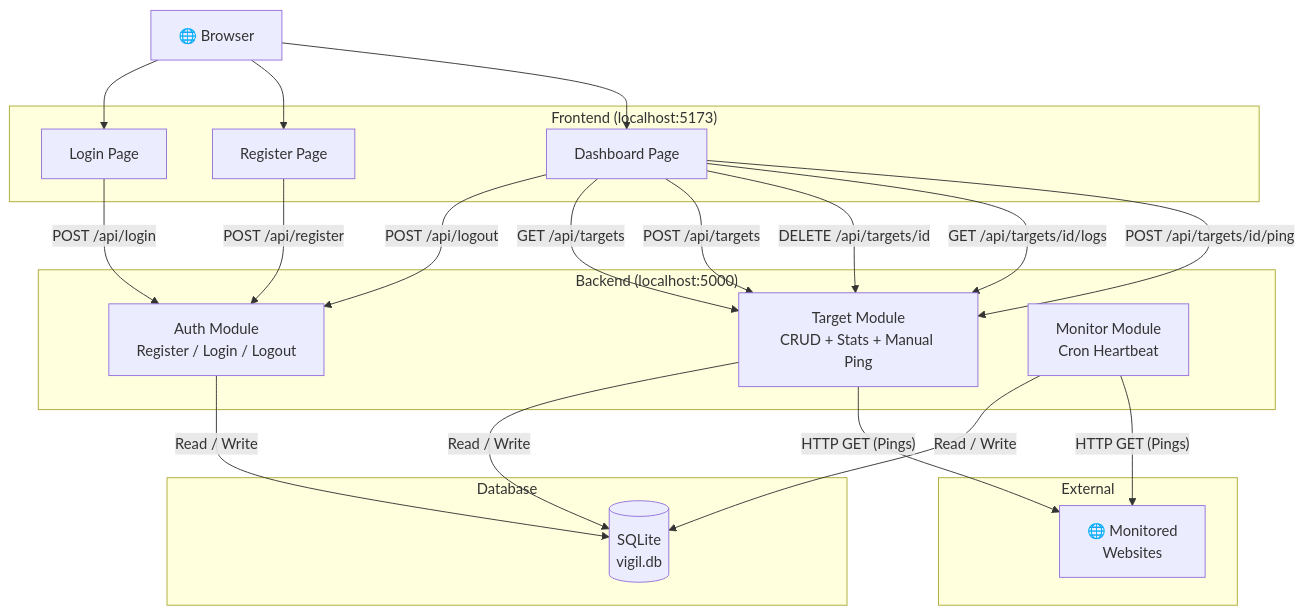
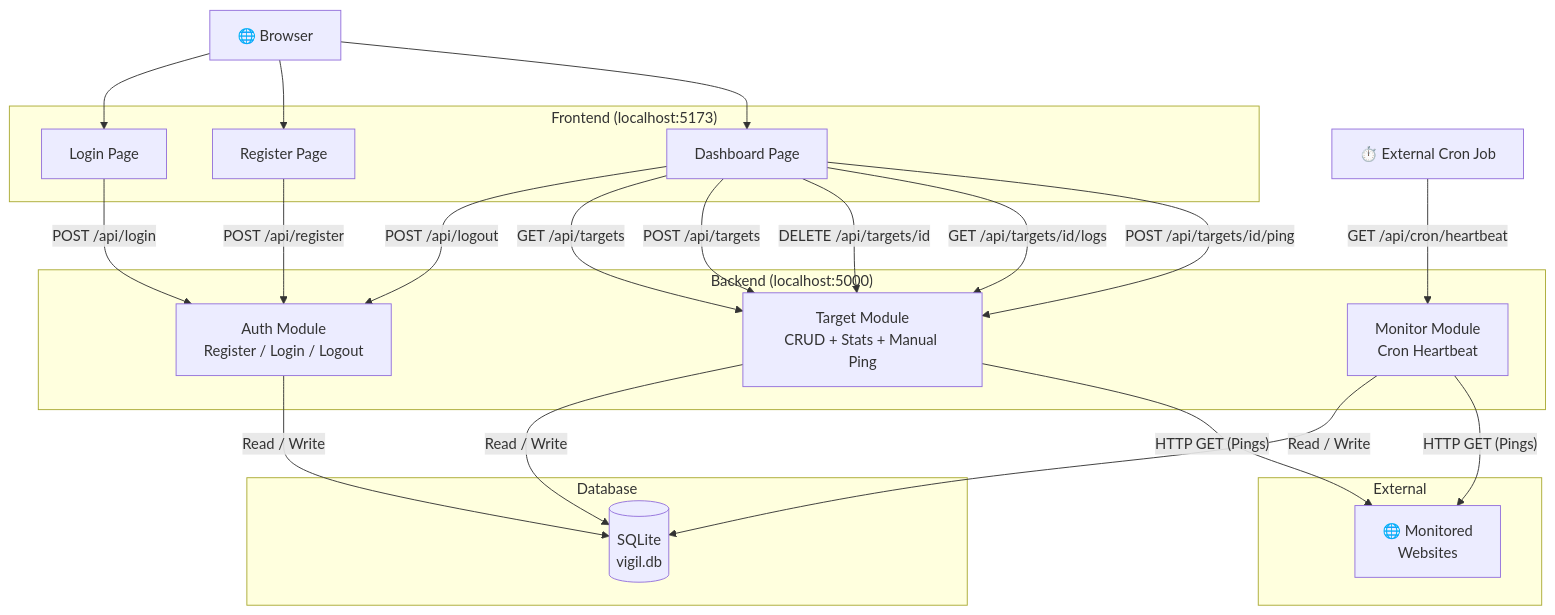
The fourth of 4 diagrams in README.md (Abdelrahman744/Vigil-v2-flask), drawn with Mermaid before and after one commit. The commit also changed other lines of this file, not shown here.

Commit message:
docs: sync visuals in README.md DFD subgraphs and explicitly show cron heartbeat in system architecture diagram

````diff
--- a/README.md
+++ b/README.md
@@ -232,43 +229,45 @@
 ```mermaid
 graph TB
     Browser["🌐 Browser"]
+    CronJob["⏱️ External Cron Job"]
 
     subgraph "Frontend (localhost:5173)"
         Login["Login Page"]
         Register["Register Page"]
         Dashboard["Dashboard Page"]
     end
 
     subgraph "Backend (localhost:5000)"
         Auth["Auth Module<br/>Register / Login / Logout"]
         Targets["Target Module<br/>CRUD + Stats + Manual Ping"]
         Monitor["Monitor Module<br/>Cron Heartbeat"]
     end
 
     subgraph "Database"
         DB[("SQLite<br/>vigil.db")]
     end
 
     subgraph "External"
         Web["🌐 Monitored<br/>Websites"]
     end
 
     Browser --> Login
     Browser --> Register
     Browser --> Dashboard
+    CronJob -->|"GET /api/cron/heartbeat"| Monitor
 
     Login -->|"POST /api/login"| Auth
     Register -->|"POST /api/register"| Auth
     Dashboard -->|"POST /api/logout"| Auth
     Dashboard -->|"GET /api/targets"| Targets
     Dashboard -->|"POST /api/targets"| Targets
     Dashboard -->|"DELETE /api/targets/id"| Targets
     Dashboard -->|"GET /api/targets/id/logs"| Targets
     Dashboard -->|"POST /api/targets/id/ping"| Targets
 
     Auth -->|"Read / Write"| DB
     Targets -->|"Read / Write"| DB
     Targets -->|"HTTP GET (Pings)"| Web
     Monitor -->|"Read / Write"| DB
     Monitor -->|"HTTP GET (Pings)"| Web
 ```
````
